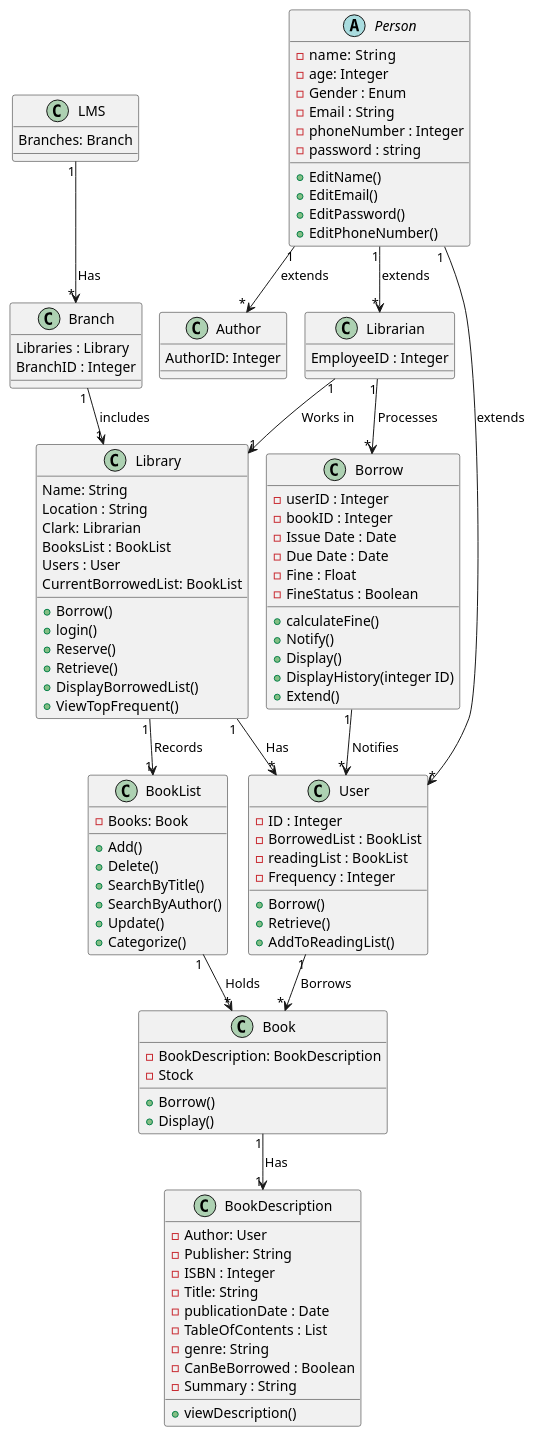
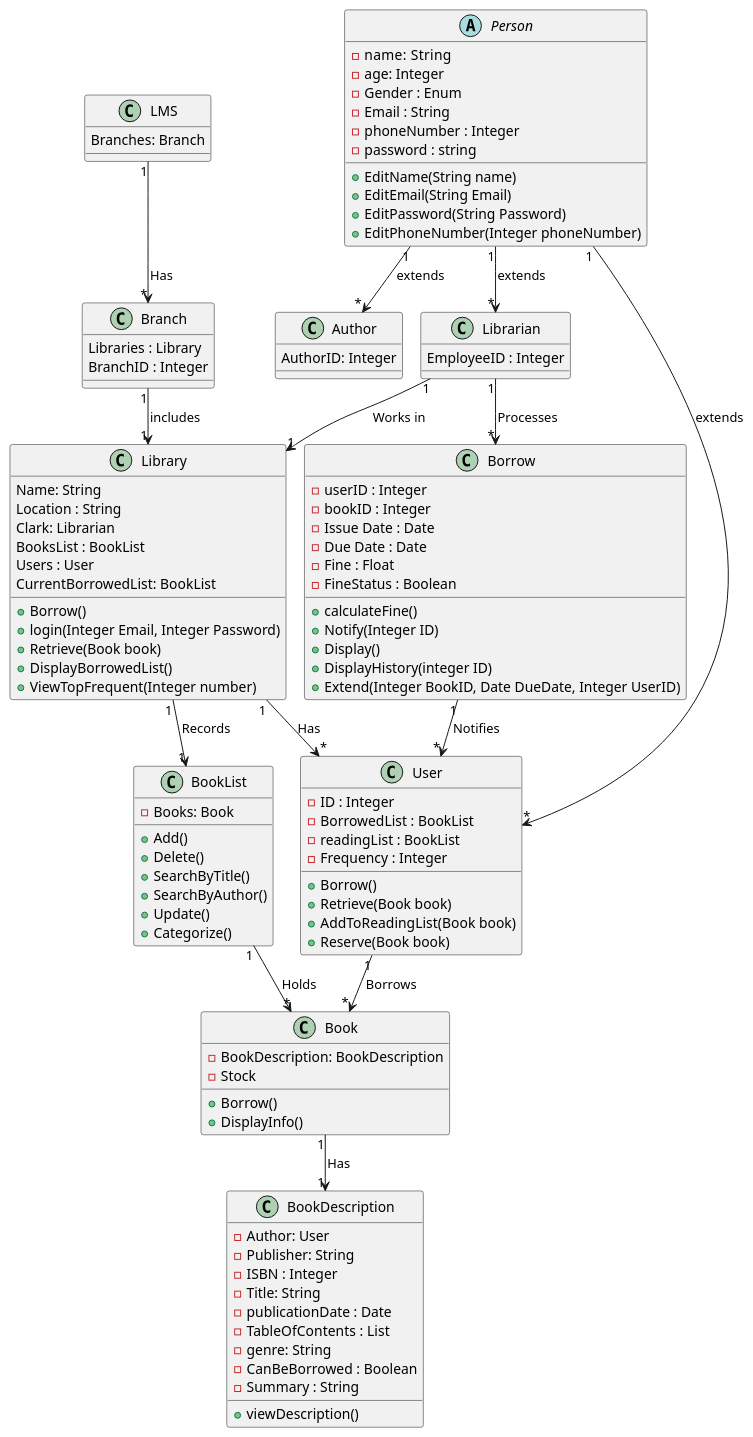
One commit to SalmaAzeem/library-system changed the diagram in diagrams/DCD/DCD.puml. Above: the diagram before and after it, drawn with PlantUML.

Commit message:
Updated DCD ISA

```diff
--- a/diagrams/DCD/DCD.puml
+++ b/diagrams/DCD/DCD.puml
@@ -1,124 +1,125 @@
 @startuml
 !pragma layout smetana
 'https://plantuml.com/class-diagram
 class LMS
 {
 Branches: Branch
 }
 class Branch
 {
  Libraries : Library
  BranchID : Integer
 }
 class Library {
   Name: String
   'Should it be a Library Class cuz it's a physical place?
   Location : String
   Clark: Librarian
   BooksList : BookList
   Users : User
   CurrentBorrowedList: BookList
    ''Takes the info Of the user and the borrowed Books add it to the currentBorrowedBooks
   + Borrow()
-  + login()
-  + Reserve()
-  + Retrieve()
+  + login(Integer Email, Integer Password)
+  + Retrieve(Book book)
   + DisplayBorrowedList()
-  + ViewTopFrequent()
+  ''returns the K frequent members
+  + ViewTopFrequent(Integer number)
 }
 ''Could have an abstract class to implement the borrow function ?
 class BookList {
   - Books: Book
   ' -BookDescriptions: BookDescription
  + Add()
  + Delete()
  + SearchByTitle()
  + SearchByAuthor()
  + Update()
  + Categorize()
 }
 class Book {
  - BookDescription: BookDescription
  - Stock
  ''Could this be removed and replaced by unique ID instead?
  ''Decrement the stock
  + Borrow()
- + Display()
+ + DisplayInfo()
 
 }
 class BookDescription {
   - Author: User
   - Publisher: String
   - ISBN : Integer
   - Title: String
   - publicationDate : Date
   - TableOfContents : List
   - genre: String
   - CanBeBorrowed : Boolean
   - Summary : String
   + viewDescription()
 }
 class User {
   - ID : Integer
   - BorrowedList : BookList
   - readingList : BookList
   - Frequency : Integer
   'Adds the Book to the user's borrowedList
   + Borrow()
   'Remove the book from the user's borrowedList
-  + Retrieve()
-  + AddToReadingList()
+  + Retrieve(Book book)
+  + AddToReadingList(Book book)
+  + Reserve(Book book)
 }
 ''Out of context ?
 class Author{
 AuthorID: Integer
 }
 abstract class Person{
   - name:  String
   - age: Integer
   - Gender : Enum
   - Email : String
   - phoneNumber : Integer
   - password : string
-  + EditName()
-  + EditEmail()
-  + EditPassword()
-  + EditPhoneNumber()
+  + EditName(String name)
+  + EditEmail(String Email)
+  + EditPassword(String Password)
+  + EditPhoneNumber(Integer phoneNumber)
 
 }
 ''What are the functions of librarian and how to let them confirm the retrieve request
 class Librarian {
      EmployeeID : Integer
 }
 
 class Borrow {
   - userID : Integer
   '' can we add an ID to each book so we need to sum by ISBN to know the stock so we can assign the ID to the borrow class
   - bookID : Integer
   - Issue Date : Date
   - Due Date : Date
   - Fine : Float
   - FineStatus : Boolean
   + calculateFine()
-  + Notify()
+  + Notify(Integer ID)
   + Display()
   ''retrieves the History of specific user
   + DisplayHistory(integer ID)
-  + Extend()
+  + Extend(Integer BookID, Date DueDate, Integer UserID)
 
 }
 
 LMS "1" --> "*" Branch : Has
 BookList "1" --> "*" Book : Holds
 Branch "1" --> "1" Library : includes
 Book "1" --> "1" BookDescription : Has
 Person "1" -->"*" Librarian : extends
 Person "1" -->"*" User : extends
 Person "1" -->"*" Author : extends
 Library "1" --> "*" User : Has
 Library "1" --> "1" BookList : Records
 User "1" --> "*" Book : Borrows
 Librarian "1" --> "*" Borrow : Processes
 Librarian "1" -->  "1" Library : Works in
 Borrow "1" --> "*" User : Notifies
 @enduml
```
